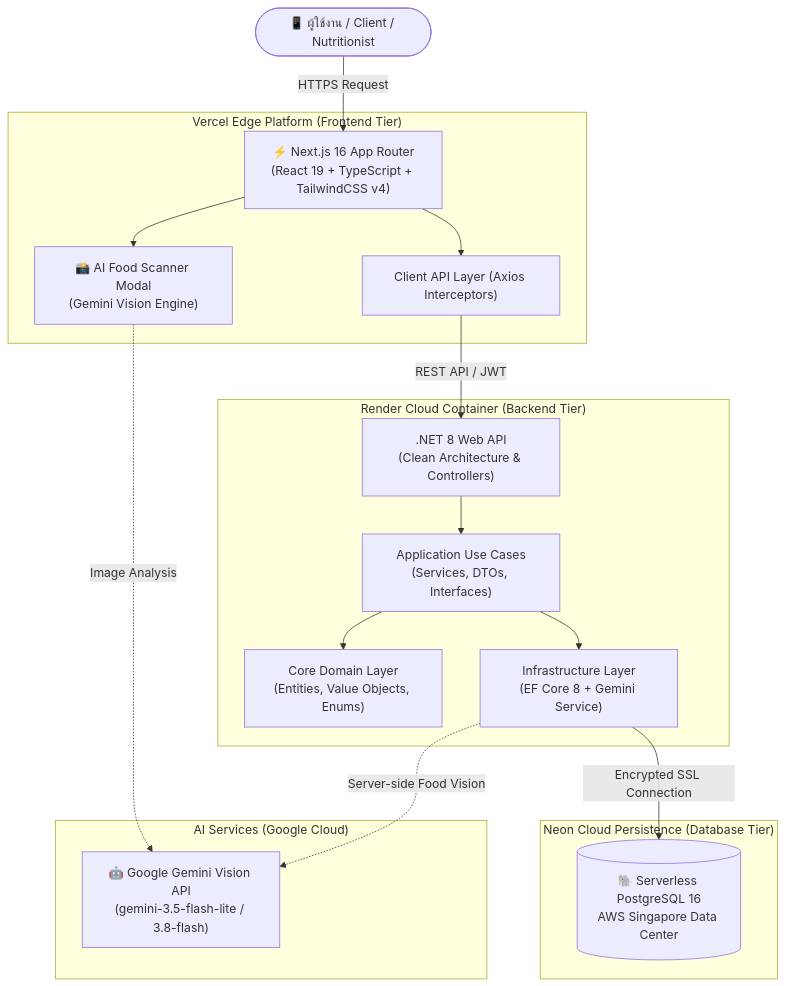
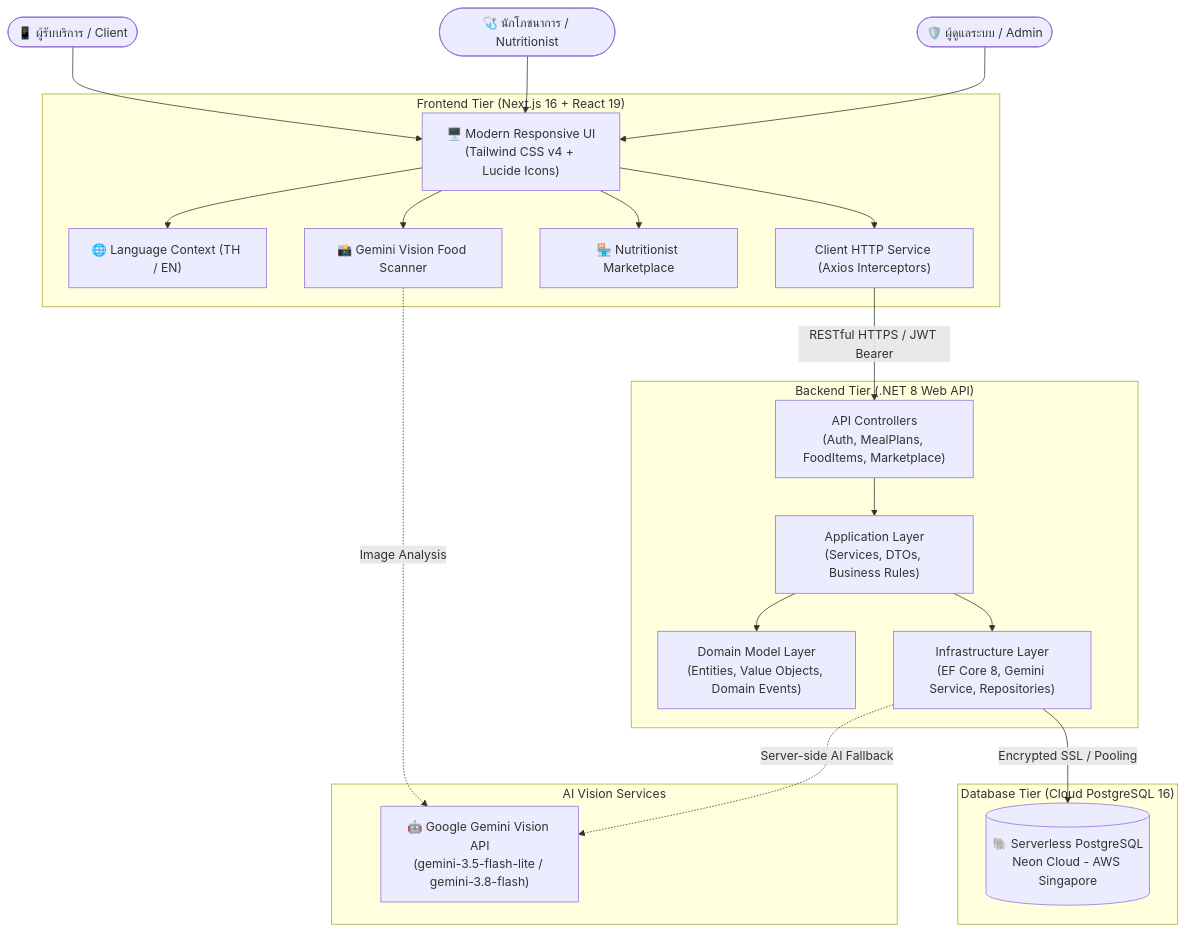
One commit to 6731470008-web/NutriPlan changed the first of 2 diagrams in README.md. Above: the diagram before and after it, drawn with Mermaid. The commit also changed other lines of this file, not shown here.

Commit message:
docs: update README with current professional architecture, marketplace features, clean dataset state, and full bilingual documentation

````diff
--- a/README.md
+++ b/README.md
@@ -100,36 +93,44 @@
 ```mermaid
 graph TD
-    User([📱 ผู้ใช้งาน / Client / Nutritionist])
+    ClientUser([📱 ผู้รับบริการ / Client])
+    NutriUser([🩺 นักโภชนาการ / Nutritionist])
+    AdminUser([🛡️ ผู้ดูแลระบบ / Admin])
     
-    subgraph "Vercel Edge Platform (Frontend Tier)"
-        NextJS["⚡ Next.js 16 App Router<br/>(React 19 + TypeScript + TailwindCSS v4)"]
-        ScannerModal["📸 AI Food Scanner Modal<br/>(Gemini Vision Engine)"]
-        Axios["Client API Layer (Axios Interceptors)"]
+    subgraph "Frontend Tier (Next.js 16 + React 19)"
+        UI["🖥️ Modern Responsive UI<br/>(Tailwind CSS v4 + Lucide Icons)"]
+        Lang["🌐 Language Context (TH / EN)"]
+        Scanner["📸 Gemini Vision Food Scanner"]
+        Market["🏪 Nutritionist Marketplace"]
+        AxiosClient["Client HTTP Service (Axios Interceptors)"]
     end
 
-    subgraph "AI Services (Google Cloud)"
-        Gemini["🤖 Google Gemini Vision API<br/>(gemini-3.5-flash-lite / 3.8-flash)"]
+    subgraph "AI Vision Services"
+        GeminiAPI["🤖 Google Gemini Vision API<br/>(gemini-3.5-flash-lite / gemini-3.8-flash)"]
     end
     
-    subgraph "Render Cloud Container (Backend Tier)"
-        NETCore[".NET 8 Web API<br/>(Clean Architecture & Controllers)"]
-        Domain["Core Domain Layer<br/>(Entities, Value Objects, Enums)"]
-        AppLayer["Application Use Cases<br/>(Services, DTOs, Interfaces)"]
-        Infra["Infrastructure Layer<br/>(EF Core 8 + Gemini Service)"]
+    subgraph "Backend Tier (.NET 8 Web API)"
+        Controllers["API Controllers<br/>(Auth, MealPlans, FoodItems, Marketplace)"]
+        AppUseCases["Application Layer<br/>(Services, DTOs, Business Rules)"]
+        DomainCore["Domain Model Layer<br/>(Entities, Value Objects, Domain Events)"]
+        InfraEF["Infrastructure Layer<br/>(EF Core 8, Gemini Service, Repositories)"]
     end
     
-    subgraph "Neon Cloud Persistence (Database Tier)"
-        Postgres[(🐘 Serverless PostgreSQL 16<br/>AWS Singapore Data Center)]
+    subgraph "Database Tier (Cloud PostgreSQL 16)"
+        PostgresDB[(🐘 Serverless PostgreSQL<br/>Neon Cloud - AWS Singapore)]
     end
 
-    User -->|HTTPS Request| NextJS
-    NextJS --> ScannerModal
-    ScannerModal -.->|Image Analysis| Gemini
-    NextJS --> Axios
-    Axios -->|REST API / JWT| NETCore
-    NETCore --> AppLayer
-    AppLayer --> Domain
-    AppLayer --> Infra
-    Infra -.->|Server-side Food Vision| Gemini
-    Infra -->|Encrypted SSL Connection| Postgres
+    ClientUser --> UI
+    NutriUser --> UI
+    AdminUser --> UI
+    UI --> Lang
+    UI --> Scanner
+    UI --> Market
+    Scanner -.->|Image Analysis| GeminiAPI
+    UI --> AxiosClient
+    AxiosClient -->|RESTful HTTPS / JWT Bearer| Controllers
+    Controllers --> AppUseCases
+    AppUseCases --> DomainCore
+    AppUseCases --> InfraEF
+    InfraEF -.->|Server-side AI Fallback| GeminiAPI
+    InfraEF -->|Encrypted SSL / Pooling| PostgresDB
 ```
````
